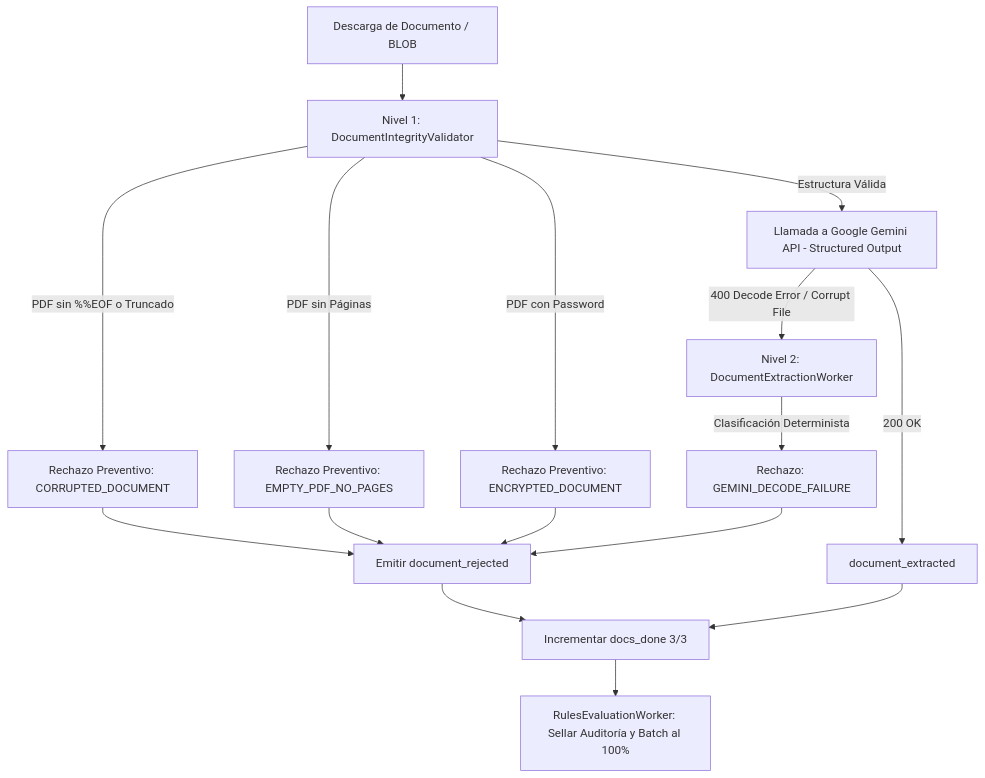
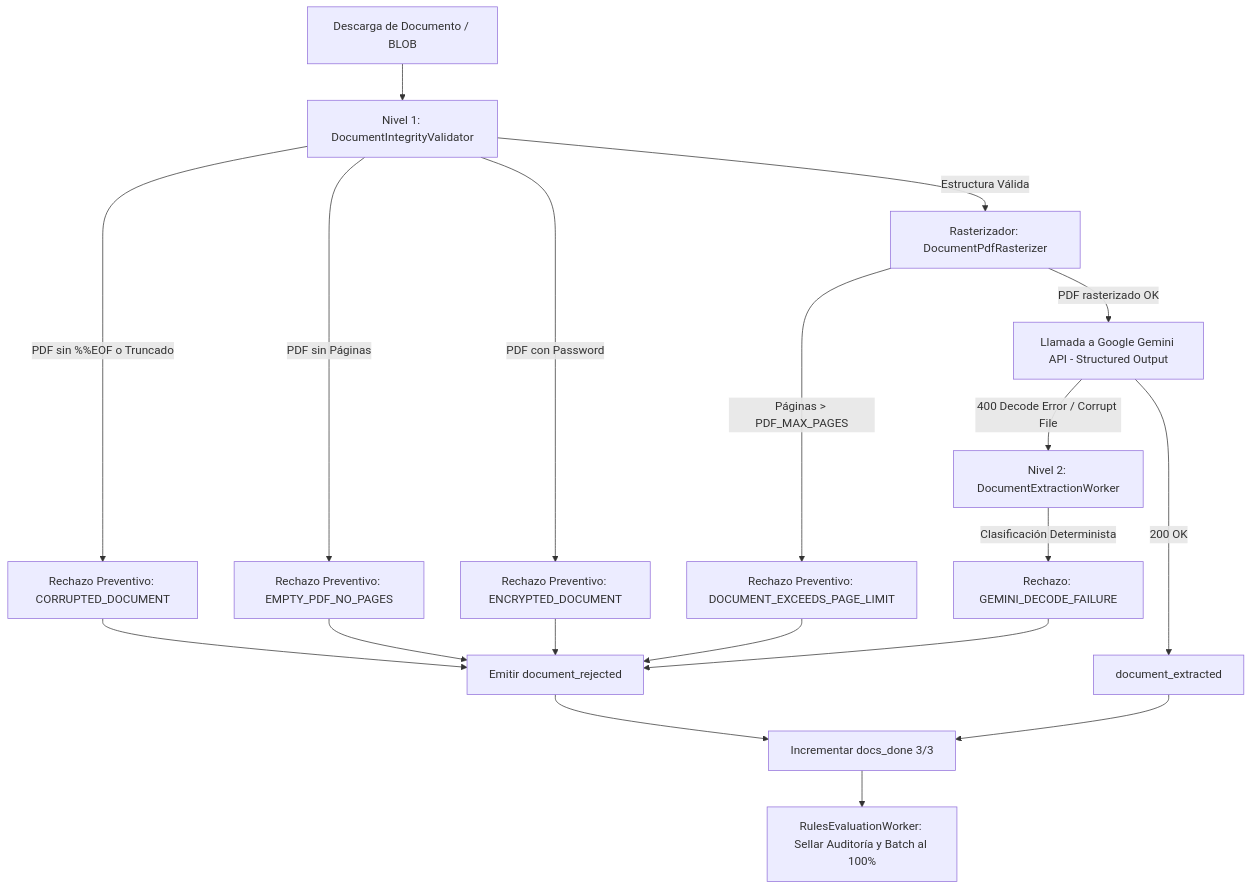
Before and after one commit to jfrem/AudFact: the diagram in .agent/skills/audfact-audit-gemini/SKILL.md, drawn with Mermaid. The commit also changed other lines of this file and 29 other files, not shown here.

First line of the commit message:
feat(audit): rechazo preventivo PDF_MAX_PAGES y retiro de AUDIT_RESPONSE_IA_DIR

````diff
--- a/.agent/skills/audfact-audit-gemini/SKILL.md
+++ b/.agent/skills/audfact-audit-gemini/SKILL.md
@@ -216,20 +218,23 @@
 ```mermaid
 flowchart TD
     A[Descarga de Documento / BLOB] --> B[Nivel 1: DocumentIntegrityValidator]
     B -->|PDF sin %%EOF o Truncado| C[Rechazo Preventivo: CORRUPTED_DOCUMENT]
     B -->|PDF sin Páginas| D[Rechazo Preventivo: EMPTY_PDF_NO_PAGES]
     B -->|PDF con Password| E[Rechazo Preventivo: ENCRYPTED_DOCUMENT]
-    B -->|Estructura Válida| F[Llamada a Google Gemini API - Structured Output]
+    B -->|Estructura Válida| R[Rasterizador: DocumentPdfRasterizer]
+    R -->|Páginas > PDF_MAX_PAGES| E2[Rechazo Preventivo: DOCUMENT_EXCEEDS_PAGE_LIMIT]
+    R -->|PDF rasterizado OK| F[Llamada a Google Gemini API - Structured Output]
 
     F -->|200 OK| G[document_extracted]
     F -->|400 Decode Error / Corrupt File| H[Nivel 2: DocumentExtractionWorker]
     H -->|Clasificación Determinista| I[Rechazo: GEMINI_DECODE_FAILURE]
 
     C --> J[Emitir document_rejected]
     D --> J
     E --> J
+    E2 --> J
     I --> J
     J --> K[Incrementar docs_done 3/3]
     G --> K
     K --> L[RulesEvaluationWorker: Sellar Auditoría y Batch al 100%]
 ```
````
